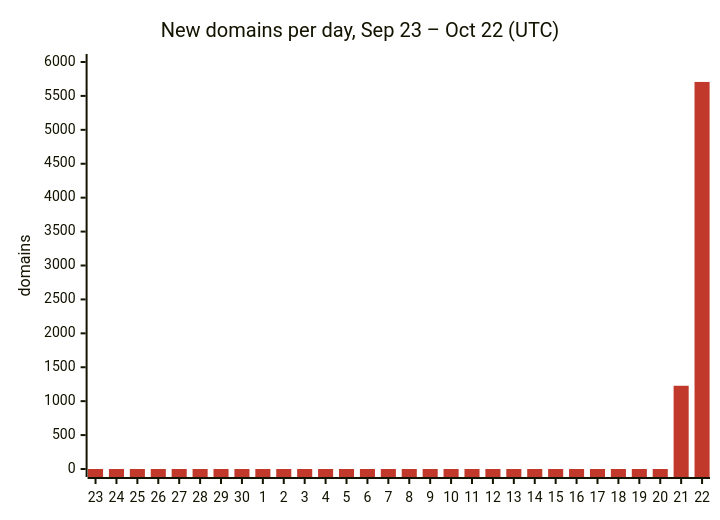
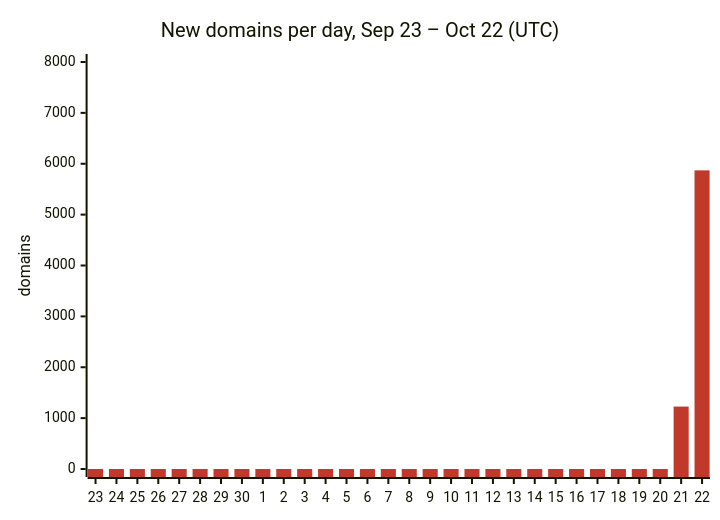
One commit to DNSBunker/CTI changed the first of 3 diagrams in README.md. Above: the diagram before and after it, drawn with Mermaid. The commit also changed other lines of this file and 3 other files, not shown here.

````diff
--- a/README.md
+++ b/README.md
@@ -29,8 +29,8 @@
 ```mermaid
 %%{init: {"themeVariables": {"xyChart": {"plotColorPalette": "#c0392b"}}}}%%
 xychart-beta
     title "New domains per day, Sep 23 – Oct 22 (UTC)"
     x-axis ["23", "24", "25", "26", "27", "28", "29", "30", "1", "2", "3", "4", "5", "6", "7", "8", "9", "10", "11", "12", "13", "14", "15", "16", "17", "18", "19", "20", "21", "22"]
-    y-axis "domains" 0 --> 6000
-    bar [0, 0, 0, 0, 0, 0, 0, 0, 0, 0, 0, 0, 0, 0, 0, 0, 0, 0, 0, 0, 0, 0, 0, 0, 0, 0, 0, 0, 1227, 5706]
+    y-axis "domains" 0 --> 8000
+    bar [0, 0, 0, 0, 0, 0, 0, 0, 0, 0, 0, 0, 0, 0, 0, 0, 0, 0, 0, 0, 0, 0, 0, 0, 0, 0, 0, 0, 1227, 5870]
 ```
````
